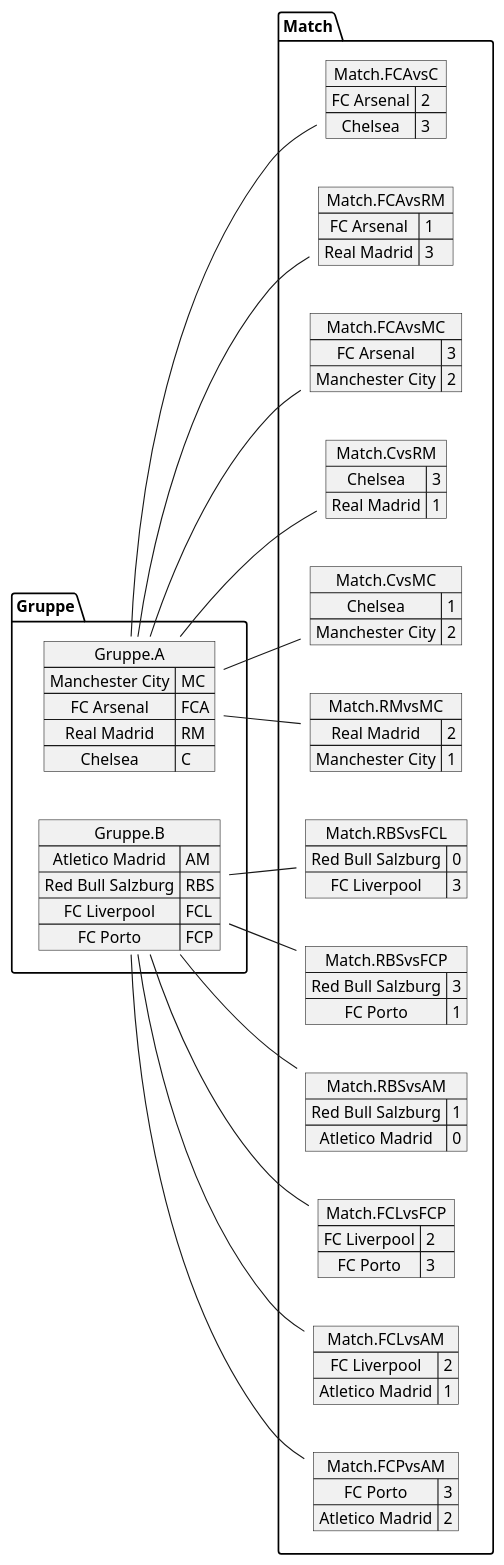
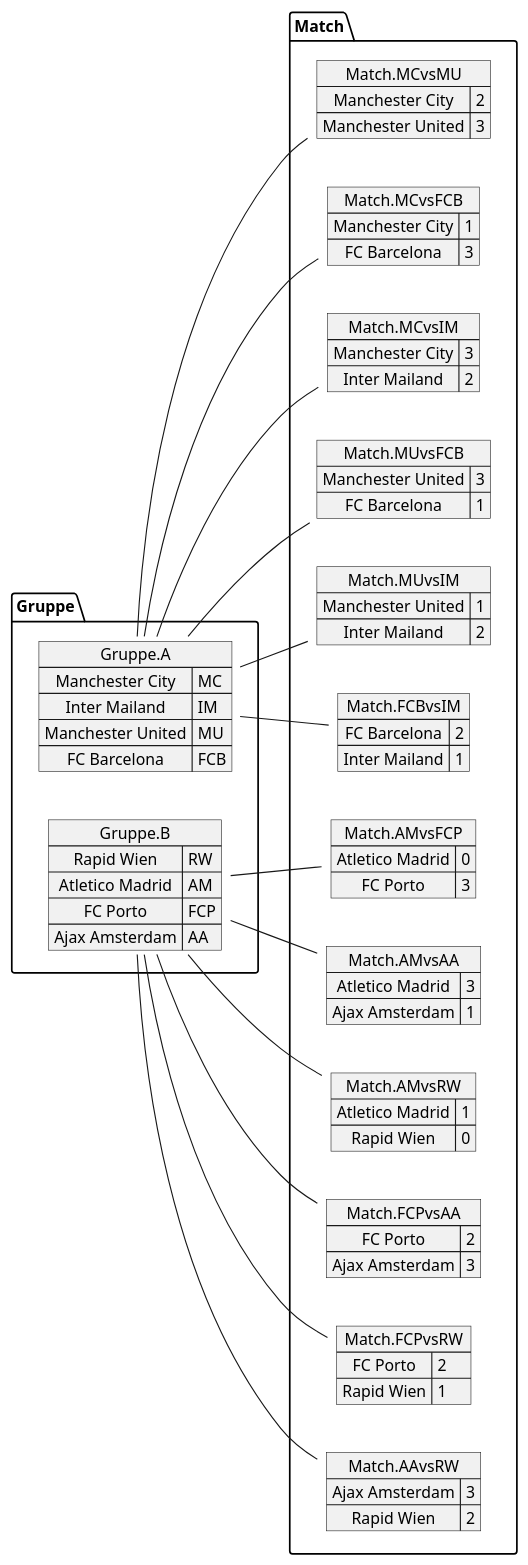
The diagram in asciidocs/plantuml/ResultGP.puml (htl-leonding-project/2022-4ahif-autohaus), drawn with PlantUML before and after one commit. The commit also changed 64 other files, not shown here.

```diff
--- a/asciidocs/plantuml/ResultGP.puml
+++ b/asciidocs/plantuml/ResultGP.puml
@@ -1,88 +1,88 @@
 @startuml TestGPTournament2.png
 left to right direction
 
 map Gruppe.A {
 Manchester City=>MC
-FC Arsenal=>FCA
-Real Madrid=>RM
-Chelsea=>C
+Inter Mailand=>IM
+Manchester United=>MU
+FC Barcelona=>FCB
 }
 
 map Gruppe.B {
+Rapid Wien=>RW
 Atletico Madrid=>AM
-Red Bull Salzburg=>RBS
-FC Liverpool=>FCL
 FC Porto=>FCP
+Ajax Amsterdam=>AA
 }
-map Match.FCAvsC {
-FC Arsenal => 2
-Chelsea => 3
+map Match.MCvsMU {
+Manchester City => 2
+Manchester United => 3
 }
 
-map Match.FCAvsRM {
-FC Arsenal => 1
-Real Madrid => 3
+map Match.MCvsFCB {
+Manchester City => 1
+FC Barcelona => 3
 }
 
-map Match.FCAvsMC {
-FC Arsenal => 3
-Manchester City => 2
+map Match.MCvsIM {
+Manchester City => 3
+Inter Mailand => 2
 }
 
-map Match.CvsRM {
-Chelsea => 3
-Real Madrid => 1
+map Match.MUvsFCB {
+Manchester United => 3
+FC Barcelona => 1
 }
 
-map Match.CvsMC {
-Chelsea => 1
-Manchester City => 2
+map Match.MUvsIM {
+Manchester United => 1
+Inter Mailand => 2
 }
 
-map Match.RMvsMC {
-Real Madrid => 2
-Manchester City => 1
+map Match.FCBvsIM {
+FC Barcelona => 2
+Inter Mailand => 1
 }
-map Match.RBSvsFCL {
-Red Bull Salzburg => 0
-FC Liverpool => 3
-}
-
-map Match.RBSvsFCP {
-Red Bull Salzburg => 3
-FC Porto => 1
-}
-
-map Match.RBSvsAM {
-Red Bull Salzburg => 1
+map Match.AMvsFCP {
 Atletico Madrid => 0
-}
-
-map Match.FCLvsFCP {
-FC Liverpool => 2
 FC Porto => 3
 }
 
-map Match.FCLvsAM {
-FC Liverpool => 2
-Atletico Madrid => 1
+map Match.AMvsAA {
+Atletico Madrid => 3
+Ajax Amsterdam => 1
 }
 
-map Match.FCPvsAM {
-FC Porto => 3
-Atletico Madrid => 2
+map Match.AMvsRW {
+Atletico Madrid => 1
+Rapid Wien => 0
 }
-Gruppe.A -- Match.FCAvsC
-Gruppe.A -- Match.FCAvsRM
-Gruppe.A -- Match.FCAvsMC
-Gruppe.A -- Match.CvsRM
-Gruppe.A -- Match.CvsMC
-Gruppe.A -- Match.RMvsMC
-Gruppe.B -- Match.RBSvsFCL
-Gruppe.B -- Match.RBSvsFCP
-Gruppe.B -- Match.RBSvsAM
-Gruppe.B -- Match.FCLvsFCP
-Gruppe.B -- Match.FCLvsAM
-Gruppe.B -- Match.FCPvsAM
+
+map Match.FCPvsAA {
+FC Porto => 2
+Ajax Amsterdam => 3
+}
+
+map Match.FCPvsRW {
+FC Porto => 2
+Rapid Wien => 1
+}
+
+map Match.AAvsRW {
+Ajax Amsterdam => 3
+Rapid Wien => 2
+}
+Gruppe.A -- Match.MCvsMU
+Gruppe.A -- Match.MCvsFCB
+Gruppe.A -- Match.MCvsIM
+Gruppe.A -- Match.MUvsFCB
+Gruppe.A -- Match.MUvsIM
+Gruppe.A -- Match.FCBvsIM
+Gruppe.B -- Match.AMvsFCP
+Gruppe.B -- Match.AMvsAA
+Gruppe.B -- Match.AMvsRW
+Gruppe.B -- Match.FCPvsAA
+Gruppe.B -- Match.FCPvsRW
+Gruppe.B -- Match.AAvsRW
 
 @enduml
```
